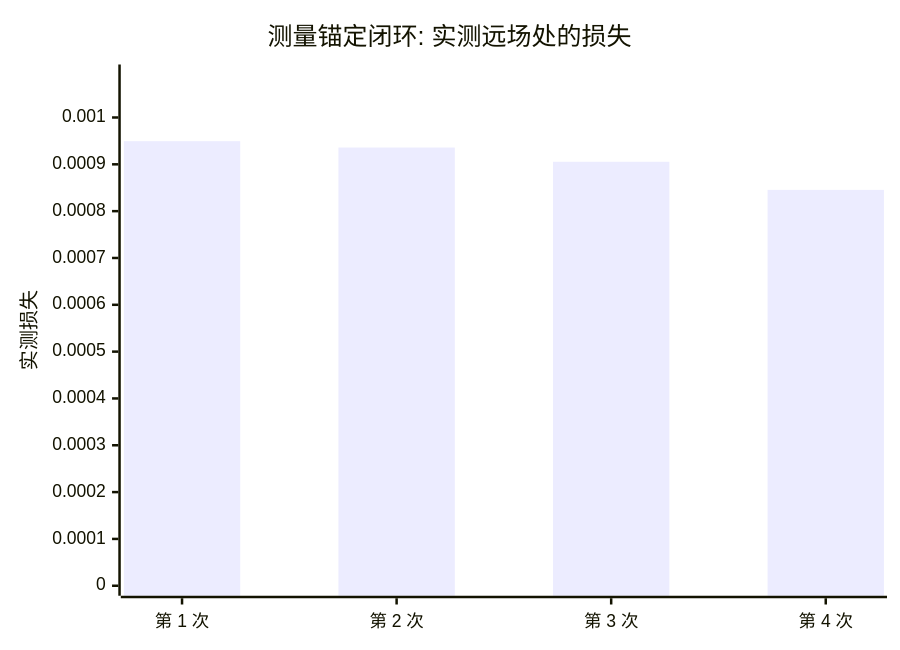
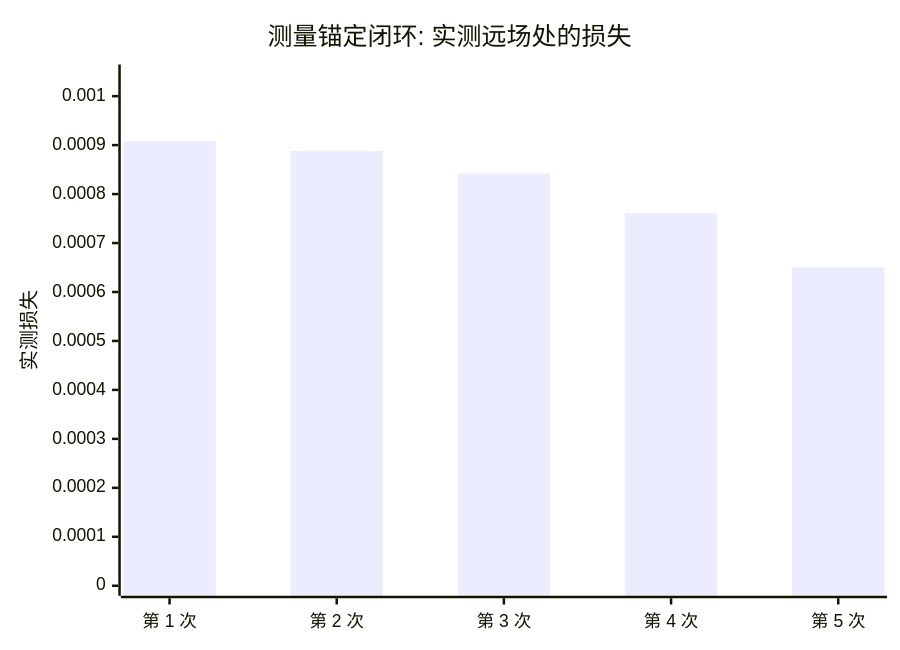
Before and after one commit to ywzhang909/AO-shaping: the second of 2 diagrams in report/slm/differentiable_opt/differentiable_opt_report.md, drawn with Mermaid. The commit also changed other lines of this file and 39 other files, not shown here.

````diff
--- a/report/slm/differentiable_opt/differentiable_opt_report.md
+++ b/report/slm/differentiable_opt/differentiable_opt_report.md
@@ -284,7 +287,7 @@
 ```mermaid
 xychart-beta
     title "测量锚定闭环: 实测远场处的损失"
-    x-axis ["第 1 次", "第 2 次", "第 3 次", "第 4 次"]
-    y-axis "实测损失" 0 --> 0.00109182
-    bar [0.000949407, 0.000935883, 0.00090539, 0.000845391]
+    x-axis ["第 1 次", "第 2 次", "第 3 次", "第 4 次", "第 5 次"]
+    y-axis "实测损失" 0 --> 0.00104423
+    bar [0.000908026, 0.000887891, 0.000842082, 0.000760934, 0.000650242]
 ```
````
